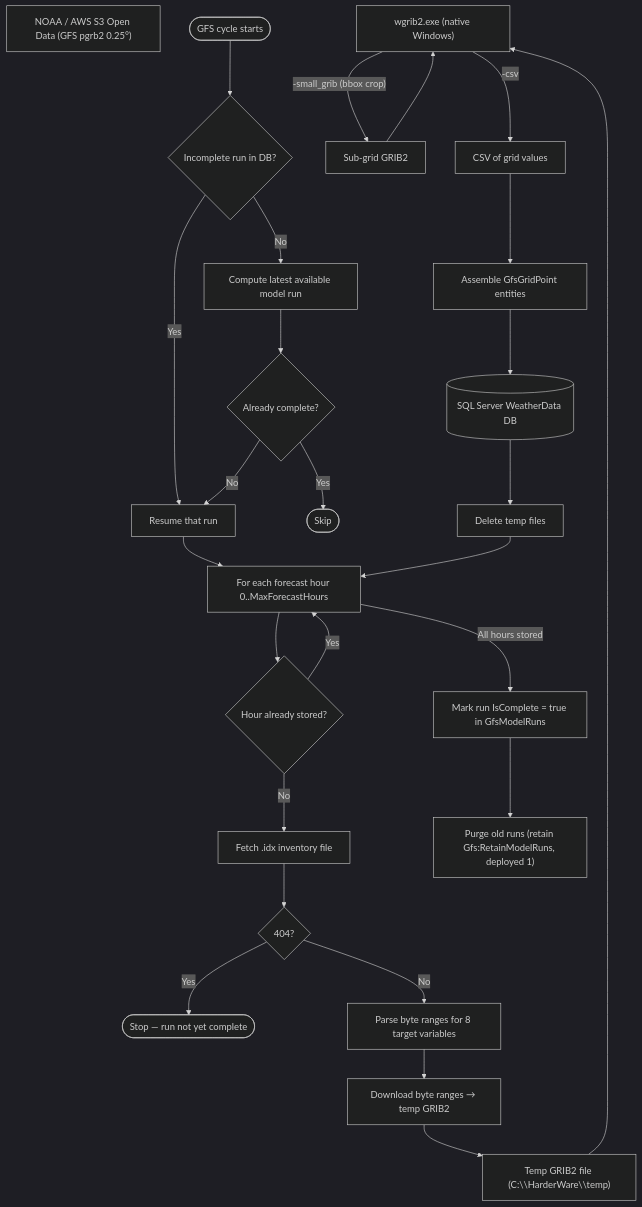
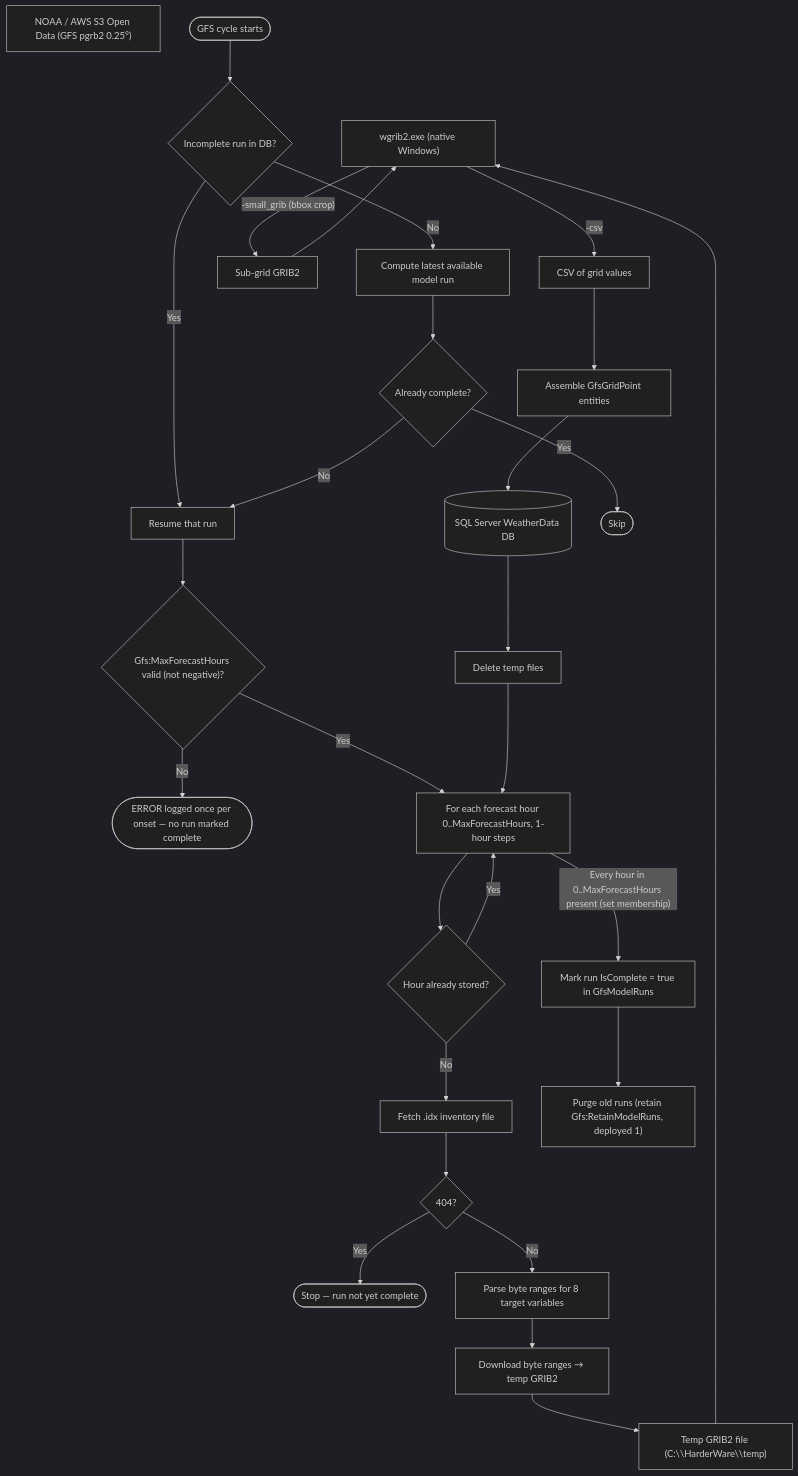
Before and after one commit to PaulHarder2/HarderWare: the third of 9 diagrams in WxServices/DESIGN.md, drawn with Mermaid (dark theme). The commit also changed other lines of this file and 1 other file, not shown here.

````diff
--- a/WxServices/DESIGN.md
+++ b/WxServices/DESIGN.md
@@ -145,35 +145,37 @@
 ```mermaid
 flowchart TD
     NOMADS["NOAA / AWS S3 Open Data (GFS pgrb2 0.25°)"]
     WGRIB2["wgrib2.exe (native Windows)"]
     DB[("SQL Server WeatherData DB")]
     TEMP["Temp GRIB2 file (C:\\HarderWare\\temp)"]
 
     START([GFS cycle starts]) --> PENDING{Incomplete run in DB?}
     PENDING -->|Yes| RESUME["Resume that run"]
     PENDING -->|No| LATEST["Compute latest available model run"]
     LATEST --> KNOWN{Already complete?}
     KNOWN -->|Yes| SKIP([Skip])
     KNOWN -->|No| RESUME
 
-    RESUME --> LOOP["For each forecast hour 0..MaxForecastHours"]
+    RESUME --> BOUND{"Gfs:MaxForecastHours valid (not negative)?"}
+    BOUND -->|"No"| BADCFG([ERROR logged once per onset — no run marked complete])
+    BOUND -->|"Yes"| LOOP["For each forecast hour 0..MaxForecastHours, 1-hour steps"]
     LOOP --> STORED{Hour already stored?}
     STORED -->|Yes| LOOP
     STORED -->|No| IDX["Fetch .idx inventory file"]
     IDX --> NOTFOUND{404?}
     NOTFOUND -->|Yes| STOP([Stop — run not yet complete])
     NOTFOUND -->|No| RANGES["Parse byte ranges for 8 target variables"]
     RANGES --> DOWNLOAD["Download byte ranges → temp GRIB2"]
     DOWNLOAD --> TEMP
     TEMP --> WGRIB2
     WGRIB2 -->|"-small_grib (bbox crop)"| SUBGRID["Sub-grid GRIB2"]
     SUBGRID --> WGRIB2
     WGRIB2 -->|"-csv"| CSV["CSV of grid values"]
     CSV --> ASSEMBLE["Assemble GfsGridPoint entities"]
     ASSEMBLE --> DB
     DB --> CLEANUP["Delete temp files"]
     CLEANUP --> LOOP
 
-    LOOP -->|All hours stored| MARK["Mark run IsComplete = true in GfsModelRuns"]
+    LOOP -->|"Every hour in 0..MaxForecastHours present (set membership)"| MARK["Mark run IsComplete = true in GfsModelRuns"]
     MARK --> PURGE["Purge old runs (retain Gfs:RetainModelRuns, deployed 1)"]
 ```
````
